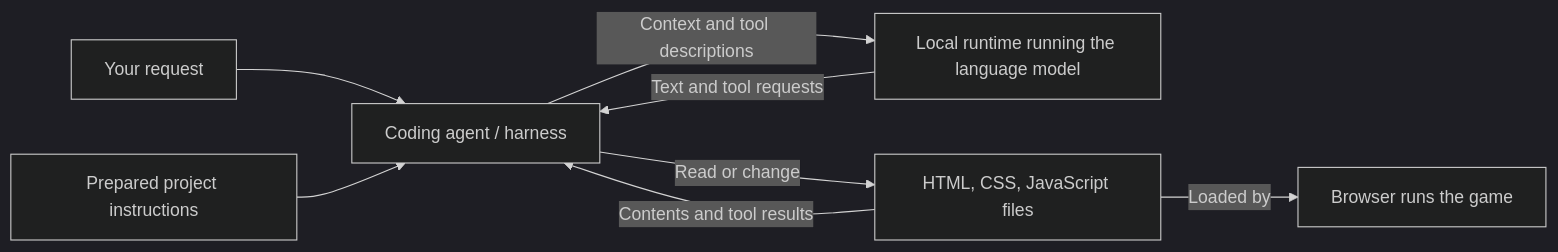
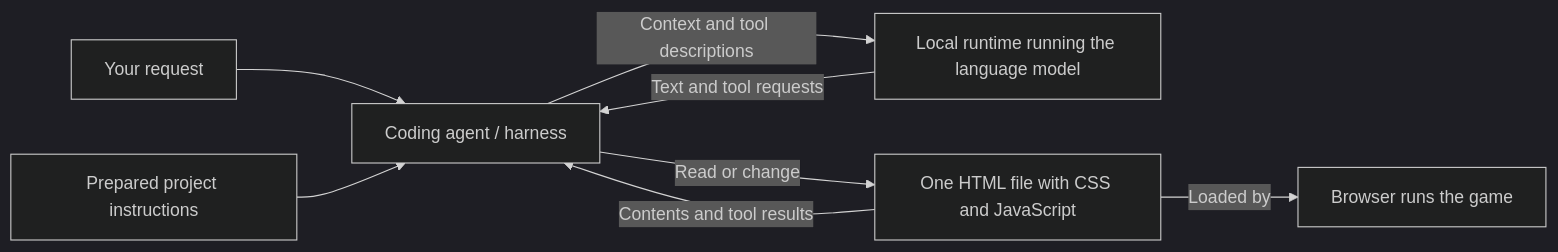
One commit to web-devel/vibe-attic changed the diagram in docs/workshop-plan.md. Above: the diagram before and after it, drawn with Mermaid (dark theme). The commit also changed other lines of this file and 11 other files, not shown here.

````diff
--- a/docs/workshop-plan.md
+++ b/docs/workshop-plan.md
@@ -73,10 +75,10 @@
 ```mermaid
 flowchart LR
     Kid[Your request] --> Harness[Coding agent / harness]
     Instructions[Prepared project instructions] --> Harness
     Harness -->|Context and tool descriptions| Runtime[Local runtime running the language model]
     Runtime -->|Text and tool requests| Harness
-    Harness -->|Read or change| Files[HTML, CSS, JavaScript files]
+    Harness -->|Read or change| Files[One HTML file with CSS and JavaScript]
     Files -->|Contents and tool results| Harness
     Files -->|Loaded by| Browser[Browser runs the game]
 ```
````
